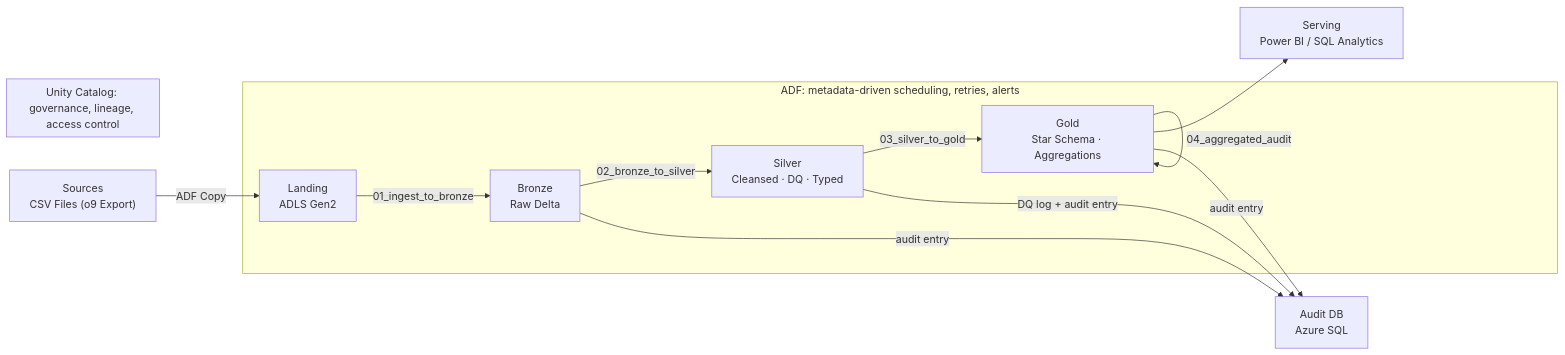
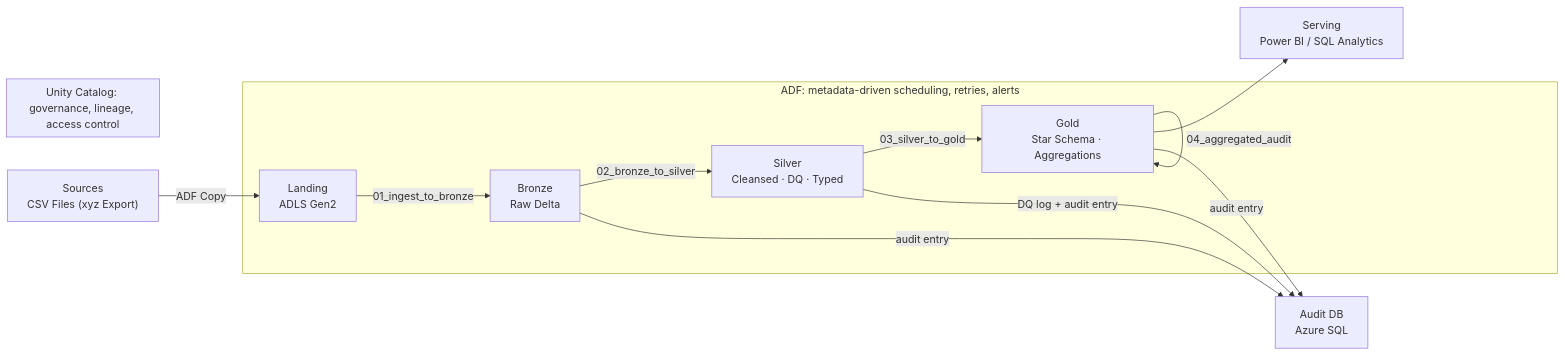
The diagram in README.md (vinayaksdesai777/azure-forecast-project), drawn with Mermaid before and after one commit. The commit also changed other lines of this file, not shown here.

````diff
--- a/README.md
+++ b/README.md
@@ -27,34 +27,34 @@
 ```mermaid
 flowchart LR
-    SRC["Sources\nCSV Files (o9 Export)"]
+    SRC["Sources\nCSV Files (xyz Export)"]
     LND["Landing\nADLS Gen2"]
     BRZ["Bronze\nRaw Delta"]
     SLV["Silver\nCleansed · DQ · Typed"]
     GLD["Gold\nStar Schema · Aggregations"]
     AUD["Audit DB\nAzure SQL"]
     BI["Serving\nPower BI / SQL Analytics"]
 
     SRC -->|ADF Copy| LND
     LND -->|01_ingest_to_bronze| BRZ
     BRZ -->|02_bronze_to_silver| SLV
     SLV -->|03_silver_to_gold| GLD
     GLD -->|04_aggregated_audit| GLD
     GLD --> BI
 
     BRZ -->|audit entry| AUD
     SLV -->|DQ log + audit entry| AUD
     GLD -->|audit entry| AUD
 
     subgraph ORCH ["ADF: metadata-driven scheduling, retries, alerts"]
         LND
         BRZ
         SLV
         GLD
     end
 
     subgraph GOV ["Unity Catalog: governance, lineage, access control"]
         BRZ
         SLV
         GLD
     end
 ```
````
